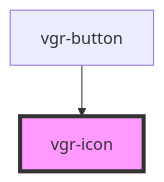
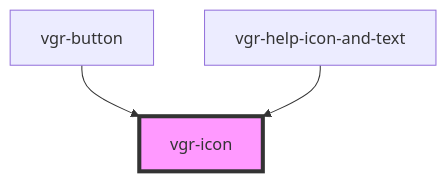
The diagram in packages/core/src/components/vgr-icon/readme.md (Vastra-Gotalandsregionen/vgr-components), drawn with Mermaid before and after one commit. The commit also changed other lines of this file and 13 other files, not shown here.

````diff
--- a/packages/core/src/components/vgr-icon/readme.md
+++ b/packages/core/src/components/vgr-icon/readme.md
@@ -22,5 +23,6 @@
 ```mermaid
 graph TD;
   vgr-button --> vgr-icon
+  vgr-help-icon-and-text --> vgr-icon
   style vgr-icon fill:#f9f,stroke:#333,stroke-width:4px
 ```
````
